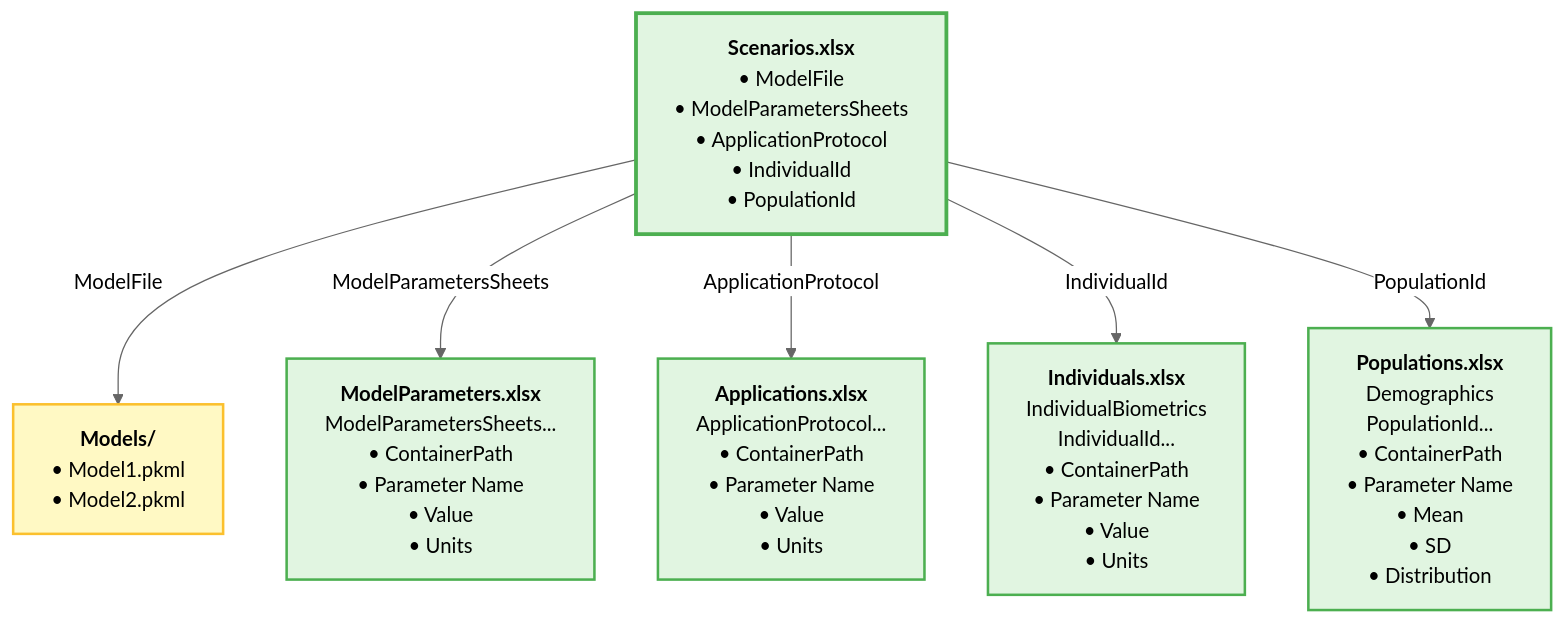
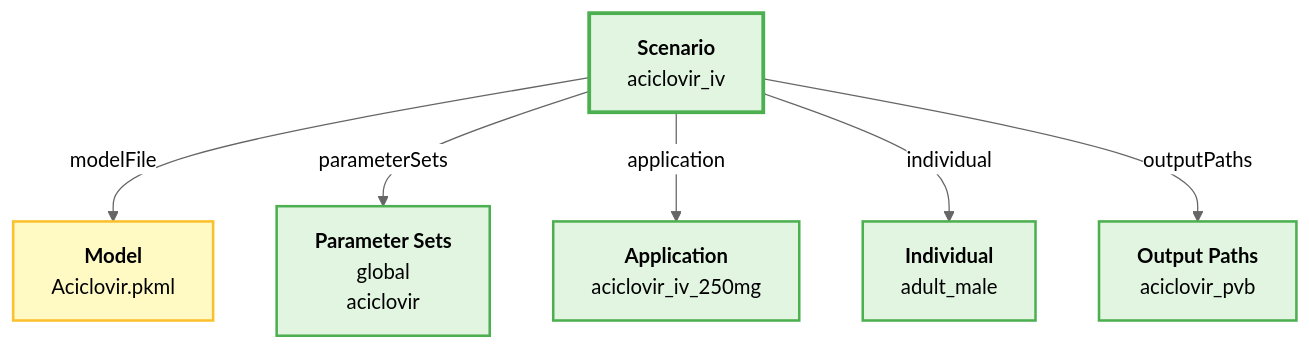
Before and after one commit to esqLABS/esqlabsR: the diagram in vignettes/presentations/_introduction-to-esqlabsR.qmd, drawn with Mermaid (neutral theme). The commit also changed other lines of this file and 30 other files, not shown here.

````diff
--- a/vignettes/presentations/_introduction-to-esqlabsR.qmd
+++ b/vignettes/presentations/_introduction-to-esqlabsR.qmd
@@ -378,58 +320,35 @@
 ```{mermaid}
 %%| echo: false
 flowchart TD
-    Scenarios["`**Scenarios.xlsx**
-    • ModelFile
-    • ModelParametersSheets
-    • ApplicationProtocol
-    • IndividualId
-    • PopulationId`"]
+    Scenario["`**Scenario**
+    aciclovir_iv`"]
 
-    Models["`**Models/**
-    • Model1.pkml
-    • Model2.pkml`"]
+    Model["`**Model**
+    Aciclovir.pkml`"]
 
-    ModelParams["`**ModelParameters.xlsx**
-    ModelParametersSheets...
-    • ContainerPath
-    • Parameter Name
-    • Value
-    • Units`"]
+    ParamSets["`**Parameter Sets**
+    global
+    aciclovir`"]
 
-    Applications["`**Applications.xlsx**
-    ApplicationProtocol...
-    • ContainerPath
-    • Parameter Name
-    • Value
-    • Units`"]
+    Application["`**Application**
+    aciclovir_iv_250mg`"]
 
-    Individuals["`**Individuals.xlsx**
-    IndividualBiometrics
-    IndividualId...
-    • ContainerPath
-    • Parameter Name
-    • Value
-    • Units`"]
+    Individual["`**Individual**
+    adult_male`"]
 
-    Populations["`**Populations.xlsx**
-    Demographics
-    PopulationId...
-    • ContainerPath
-    • Parameter Name
-    • Mean
-    • SD
-    • Distribution`"]
+    OutputPaths["`**Output Paths**
+    aciclovir_pvb`"]
 
-    Scenarios -->|ModelFile| Models
-    Scenarios -->|ModelParametersSheets| ModelParams
-    Scenarios -->|ApplicationProtocol| Applications
-    Scenarios -->|IndividualId| Individuals
-    Scenarios -->|PopulationId| Populations
+    Scenario -->|modelFile| Model
+    Scenario -->|parameterSets| ParamSets
+    Scenario -->|application| Application
+    Scenario -->|individual| Individual
+    Scenario -->|outputPaths| OutputPaths
 
-    style Scenarios fill:#e1f5e1,stroke:#4caf50,stroke-width:3px
-    style Models fill:#fff9c4,stroke:#fbc02d,stroke-width:2px
-    style ModelParams fill:#e1f5e1,stroke:#4caf50,stroke-width:2px
-    style Applications fill:#e1f5e1,stroke:#4caf50,stroke-width:2px
-    style Individuals fill:#e1f5e1,stroke:#4caf50,stroke-width:2px
-    style Populations fill:#e1f5e1,stroke:#4caf50,stroke-width:2px
+    style Scenario fill:#e1f5e1,stroke:#4caf50,stroke-width:3px
+    style Model fill:#fff9c4,stroke:#fbc02d,stroke-width:2px
+    style ParamSets fill:#e1f5e1,stroke:#4caf50,stroke-width:2px
+    style Application fill:#e1f5e1,stroke:#4caf50,stroke-width:2px
+    style Individual fill:#e1f5e1,stroke:#4caf50,stroke-width:2px
+    style OutputPaths fill:#e1f5e1,stroke:#4caf50,stroke-width:2px
 ```
````
